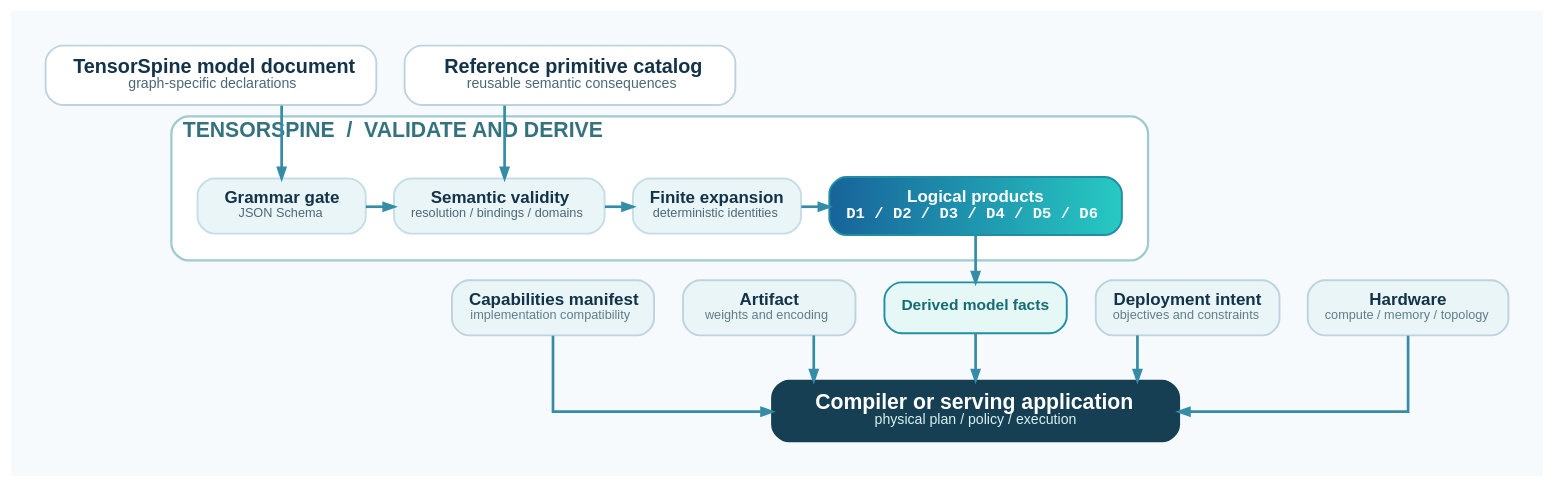
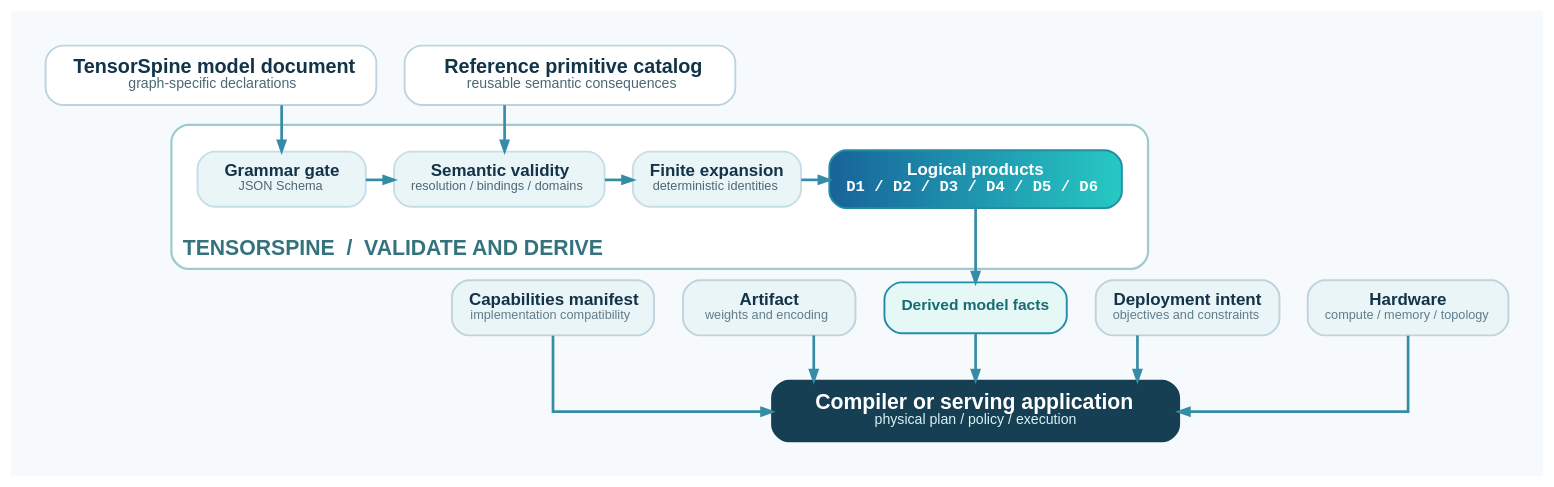
The diagram in docs/language-pipeline.dot (maneex/tensorspine), drawn with Graphviz before and after one commit. The commit also changed 1 other file, not shown here.

Commit message:
docs: architecture card label clears incoming arrows

```diff
--- a/docs/language-pipeline.dot
+++ b/docs/language-pipeline.dot
@@ -1,138 +1,138 @@
 // Render with: dot -Tsvg docs/language-pipeline.dot -o docs/language-pipeline.svg
 digraph language_pipeline {
   graph [
     rankdir=TB,
     bgcolor="#F6FAFC",
     pad="0.34",
     nodesep="0.28",
     ranksep="0.44",
     splines=ortho,
     compound=true,
     newrank=true,
     fontname="Arial"
   ];
 
   node [
     shape=box,
     style="rounded,filled",
     fontname="Arial",
     color="#BFD3DE",
     fillcolor="#FFFFFF",
     fontcolor="#123348",
     penwidth=1.35,
     margin="0.17,0.12"
   ];
   edge [
     color="#348CA6",
     fontname="Arial",
     fontcolor="#557583",
     fontsize=9,
     penwidth=1.9,
     arrowsize=0.72
   ];
 
   model [
     width=3.25,
     label=<<FONT POINT-SIZE="14"><B>TensorSpine model document</B></FONT><BR/><FONT COLOR="#4C6876" POINT-SIZE="10">graph-specific declarations</FONT>>
   ];
   catalog [
     width=3.25,
     label=<<FONT POINT-SIZE="14"><B>Reference primitive catalog</B></FONT><BR/><FONT COLOR="#4C6876" POINT-SIZE="10">reusable semantic consequences</FONT>>
   ];
   { rank=same; model; catalog; }
 
   subgraph cluster_tensorspine {
     graph [
       style="rounded,filled",
       color="#9FCBD0",
       fillcolor="#FFFFFF",
       penwidth=1.6,
       margin=18,
       labeljust=l,
-      labelloc=t,
+      labelloc=b,
       label=<<FONT COLOR="#34737E" POINT-SIZE="15"><B>TENSORSPINE  /  VALIDATE AND DERIVE</B></FONT>>
     ];
 
     grammar [
       width=1.65,
       fillcolor="#EAF5F8",
       color="#C5DEE6",
       label=<<FONT POINT-SIZE="12"><B>Grammar gate</B></FONT><BR/><FONT COLOR="#4C6876" POINT-SIZE="9">JSON Schema</FONT>>
     ];
     validity [
       width=1.75,
       fillcolor="#EAF5F8",
       color="#C5DEE6",
       label=<<FONT POINT-SIZE="12"><B>Semantic validity</B></FONT><BR/><FONT COLOR="#4C6876" POINT-SIZE="9">resolution / bindings / domains</FONT>>
     ];
     expansion [
       width=1.65,
       fillcolor="#EAF5F8",
       color="#C5DEE6",
       label=<<FONT POINT-SIZE="12"><B>Finite expansion</B></FONT><BR/><FONT COLOR="#4C6876" POINT-SIZE="9">deterministic identities</FONT>>
     ];
     products [
       width=1.75,
       color="#218EA5",
       fillcolor="#17639A:#27C9C3",
       gradientangle=0,
       fontcolor="#FFFFFF",
       label=<<FONT POINT-SIZE="12"><B>Logical products</B></FONT><BR/><FONT FACE="Courier New" POINT-SIZE="11"><B>D1 / D2 / D3 / D4 / D5 / D6</B></FONT>>
     ];
 
     { rank=same; grammar; validity; expansion; products; }
     grammar -> validity;
     validity -> expansion;
     expansion -> products;
   }
 
   capabilities [
     width=1.7,
     fillcolor="#EAF5F8",
     label=<<FONT POINT-SIZE="12"><B>Capabilities manifest</B></FONT><BR/><FONT COLOR="#607D89" POINT-SIZE="9">implementation compatibility</FONT>>
   ];
   artifact [
     width=1.7,
     fillcolor="#EAF5F8",
     label=<<FONT POINT-SIZE="12"><B>Artifact</B></FONT><BR/><FONT COLOR="#607D89" POINT-SIZE="9">weights and encoding</FONT>>
   ];
   intent [
     width=1.7,
     fillcolor="#EAF5F8",
     label=<<FONT POINT-SIZE="12"><B>Deployment intent</B></FONT><BR/><FONT COLOR="#607D89" POINT-SIZE="9">objectives and constraints</FONT>>
   ];
   hardware [
     width=1.7,
     fillcolor="#EAF5F8",
     label=<<FONT POINT-SIZE="12"><B>Hardware</B></FONT><BR/><FONT COLOR="#607D89" POINT-SIZE="9">compute / memory / topology</FONT>>
   ];
   facts [
     width=1.45,
     color="#218EA5",
     fillcolor="#E5F8F6",
     fontcolor="#176B72",
     label=<<FONT POINT-SIZE="11"><B>Derived model facts</B></FONT>>
   ];
   { rank=same; capabilities; artifact; facts; intent; hardware; }
   capabilities -> artifact [style=invis, weight=20];
   artifact -> facts [style=invis, weight=20];
   facts -> intent [style=invis, weight=20];
   intent -> hardware [style=invis, weight=20];
 
   execution [
     color="#163F53",
     fillcolor="#163F53",
     fontcolor="#FFFFFF",
     width=4.0,
     label=<<FONT POINT-SIZE="15"><B>Compiler or serving application</B></FONT><BR/><FONT COLOR="#D9F2F3" POINT-SIZE="10">physical plan / policy / execution</FONT>>
   ];
 
   model -> grammar;
   catalog -> validity;
   products -> facts;
   facts -> execution;
   capabilities -> execution;
   artifact -> execution;
   intent -> execution;
   hardware -> execution;
 }
```
